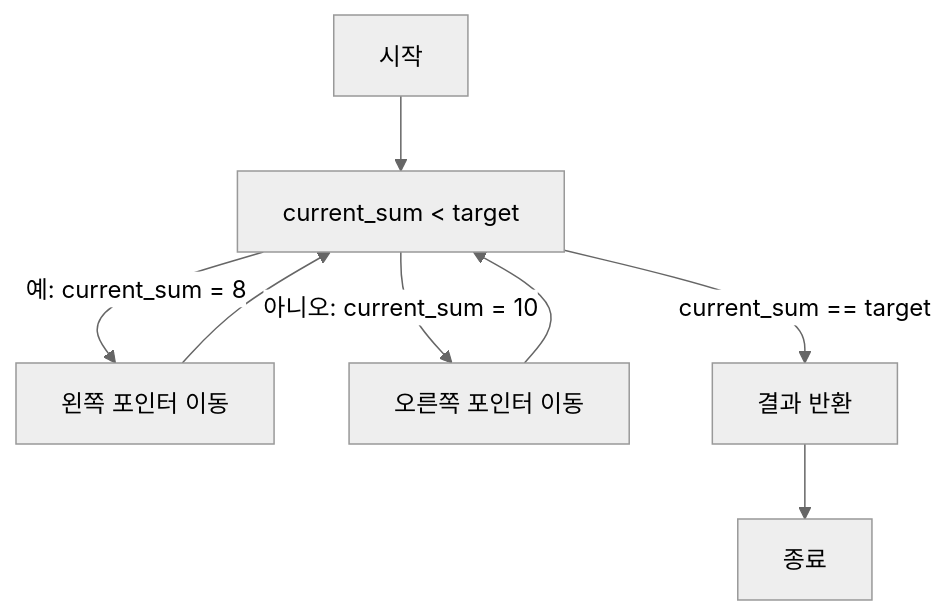
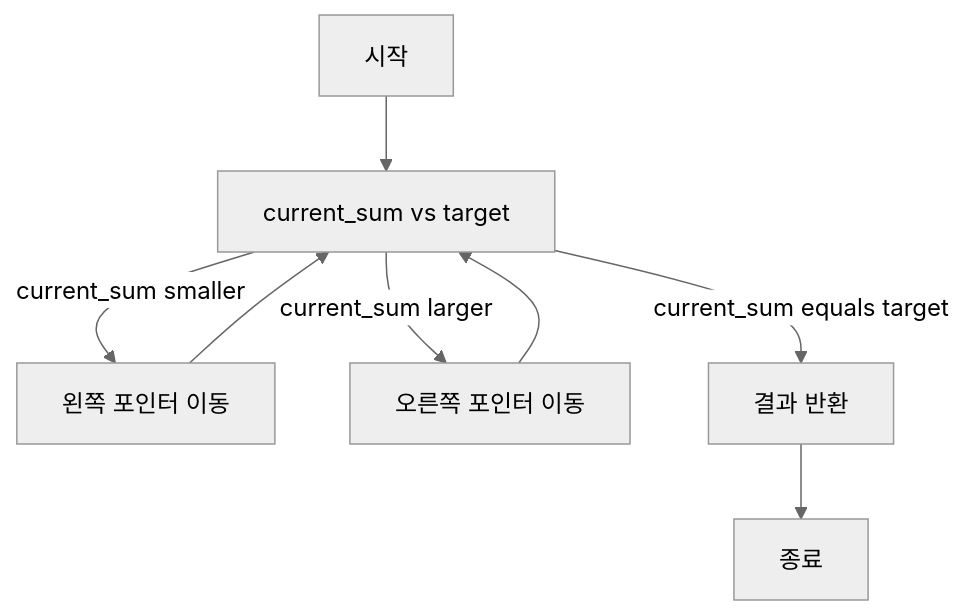
Before and after one commit to 42jerrykim/42jerrykim.github.io: the third of 7 diagrams in content/post/2024/2024-10-16-two-pointers/index.md, drawn with Mermaid (neutral theme). The commit also changed other lines of this file and 239 other files, not shown here.

````diff
--- a/content/post/2024/2024-10-16-two-pointers/index.md
+++ b/content/post/2024/2024-10-16-two-pointers/index.md
@@ -219,10 +260,10 @@
 ```mermaid
-graph TD;
-    A[시작] --> B["current_sum < target"]
-    B -->|"예: current_sum = 8"| C[왼쪽 포인터 이동]
-    B -->|"아니오: current_sum = 10"| D[오른쪽 포인터 이동]
-    C --> B
-    D --> B
-    B -->|"current_sum == target"| E[결과 반환]
-    E --> F[종료]
+flowchart TD
+    startNode["시작"] --> sumCheck["current_sum vs target"]
+    sumCheck -->|"current_sum smaller"| moveLeft["왼쪽 포인터 이동"]
+    sumCheck -->|"current_sum larger"| moveRight["오른쪽 포인터 이동"]
+    moveLeft --> sumCheck
+    moveRight --> sumCheck
+    sumCheck -->|"current_sum equals target"| returnResult["결과 반환"]
+    returnResult --> endNode["종료"]
 ```
````
